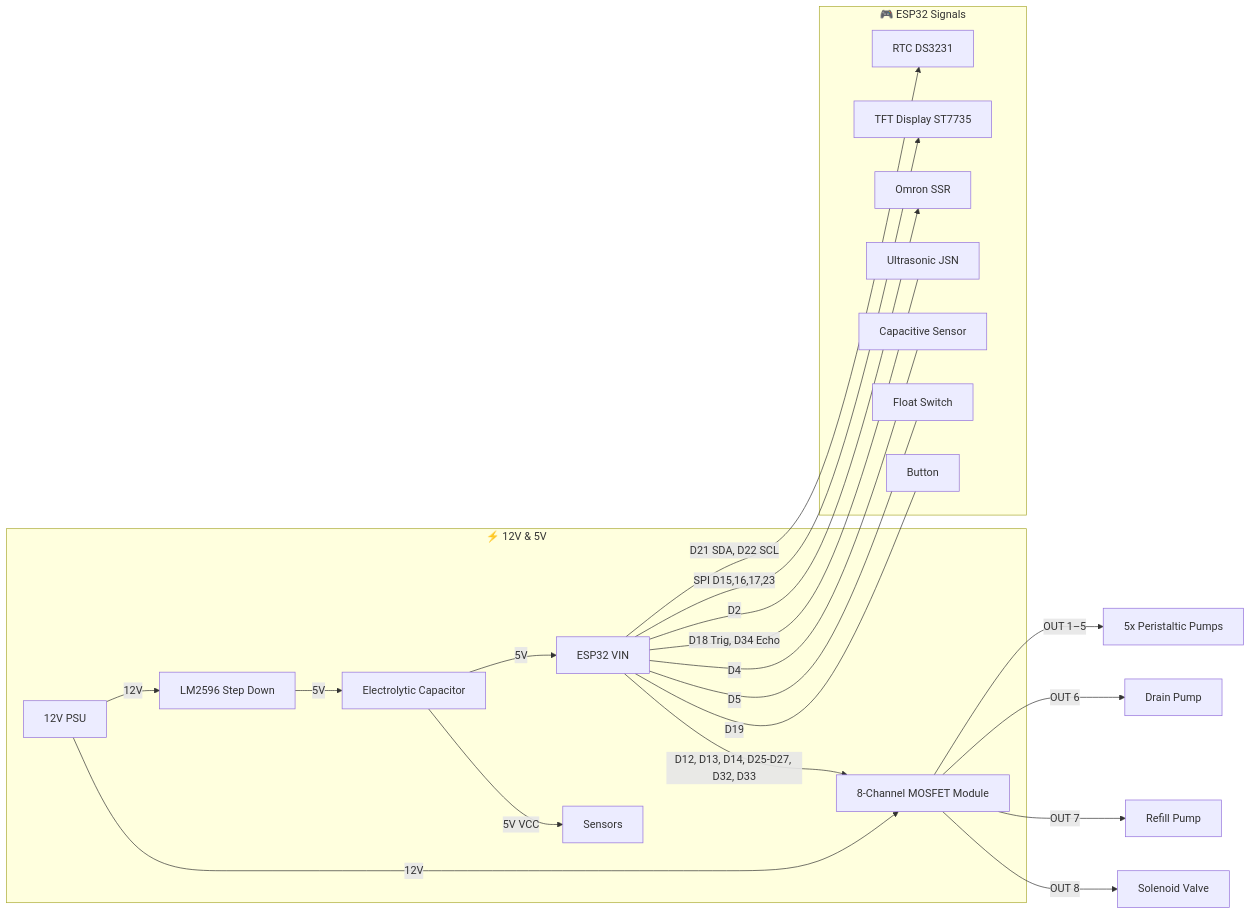
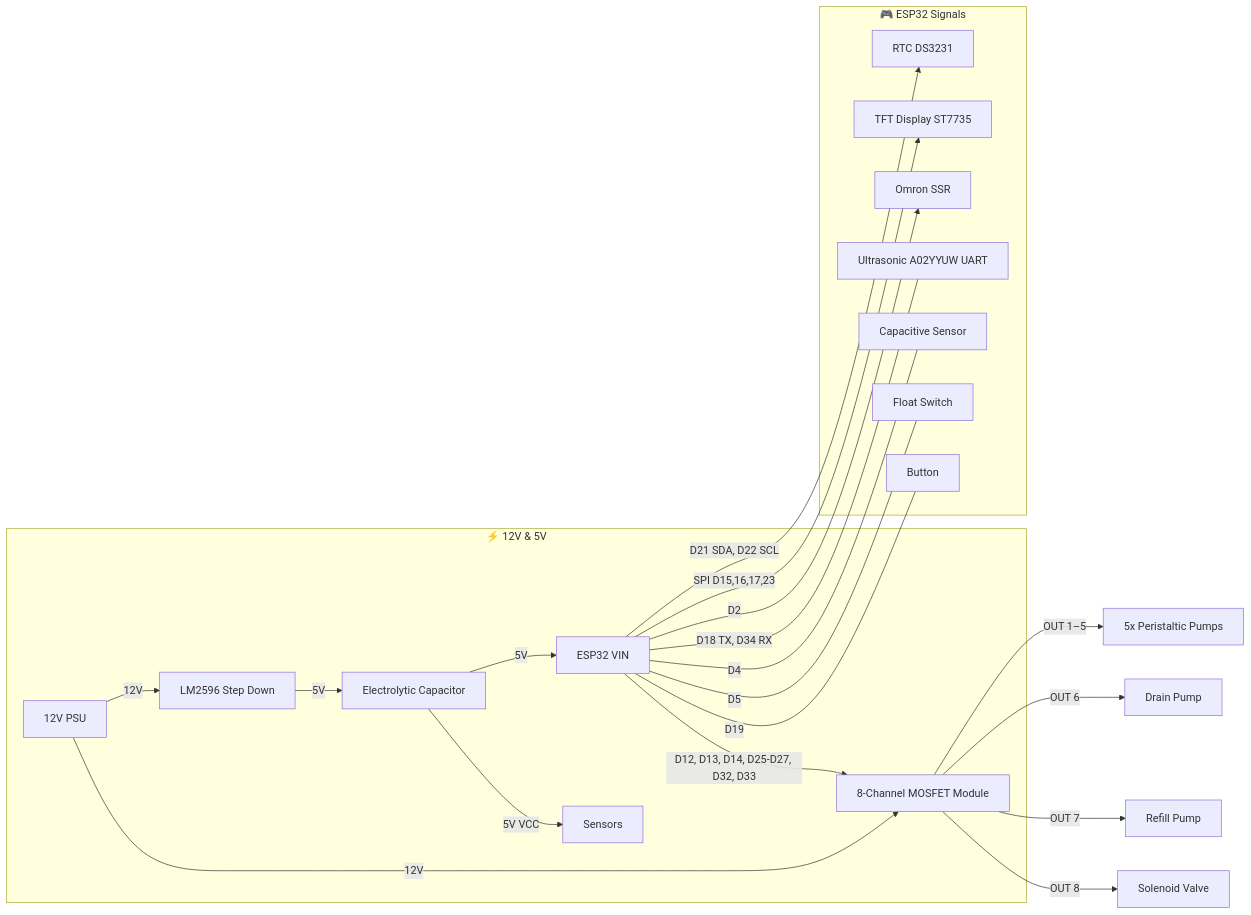
Before and after one commit to PhilipeGatis/IARA: the second of 2 diagrams in README.md, drawn with Mermaid. The commit also changed other lines of this file and 3 other files, not shown here.

Commit message:
docs(sensor): update documentation and float sensor logic for A02YYUW UART sensor

````diff
--- a/README.md
+++ b/README.md
@@ -112,26 +112,26 @@
 ```mermaid
 graph LR
   subgraph Power [⚡ 12V & 5V]
     PSU[12V PSU] -->|12V| MOSFET[8-Channel MOSFET Module]
     PSU -->|12V| LM2596[LM2596 Step Down]
     LM2596 -->|5V| Cap[Electrolytic Capacitor]
     Cap -->|5V| ESP32[ESP32 VIN]
     Cap -->|5V VCC| SENS[Sensors]
   end
 
   subgraph Signals [🎮 ESP32 Signals]
     ESP32 -->|D21 SDA, D22 SCL| I2C[RTC DS3231]
     ESP32 -->|SPI D15,16,17,23| TFT[TFT Display ST7735]
     ESP32 -->|D12, D13, D14, D25-D27, D32, D33| MOSFET
     ESP32 -->|D2| SSR[Omron SSR]
-    ESP32 ---|D18 Trig, D34 Echo| Ultra[Ultrasonic JSN]
+    ESP32 ---|D18 TX, D34 RX| Ultra[Ultrasonic A02YYUW UART]
     ESP32 ---|D4| Water[Capacitive Sensor]
     ESP32 ---|D5| Float[Float Switch]
     ESP32 ---|D19| Button[Button]
   end
 
   MOSFET -->|OUT 1–5| Peristaltic[5x Peristaltic Pumps]
   MOSFET -->|OUT 6| Drain[Drain Pump]
   MOSFET -->|OUT 7| Refill[Refill Pump]
   MOSFET -->|OUT 8| Solenoid[Solenoid Valve]
 ```
````
